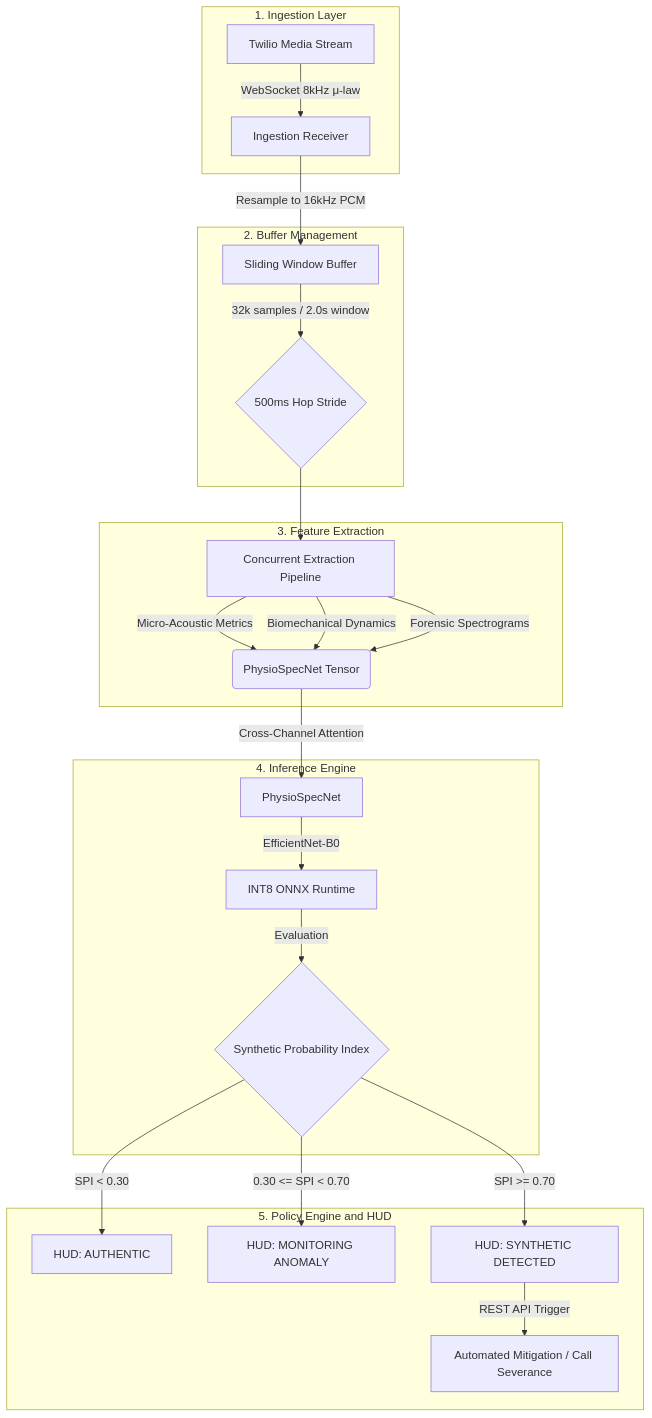
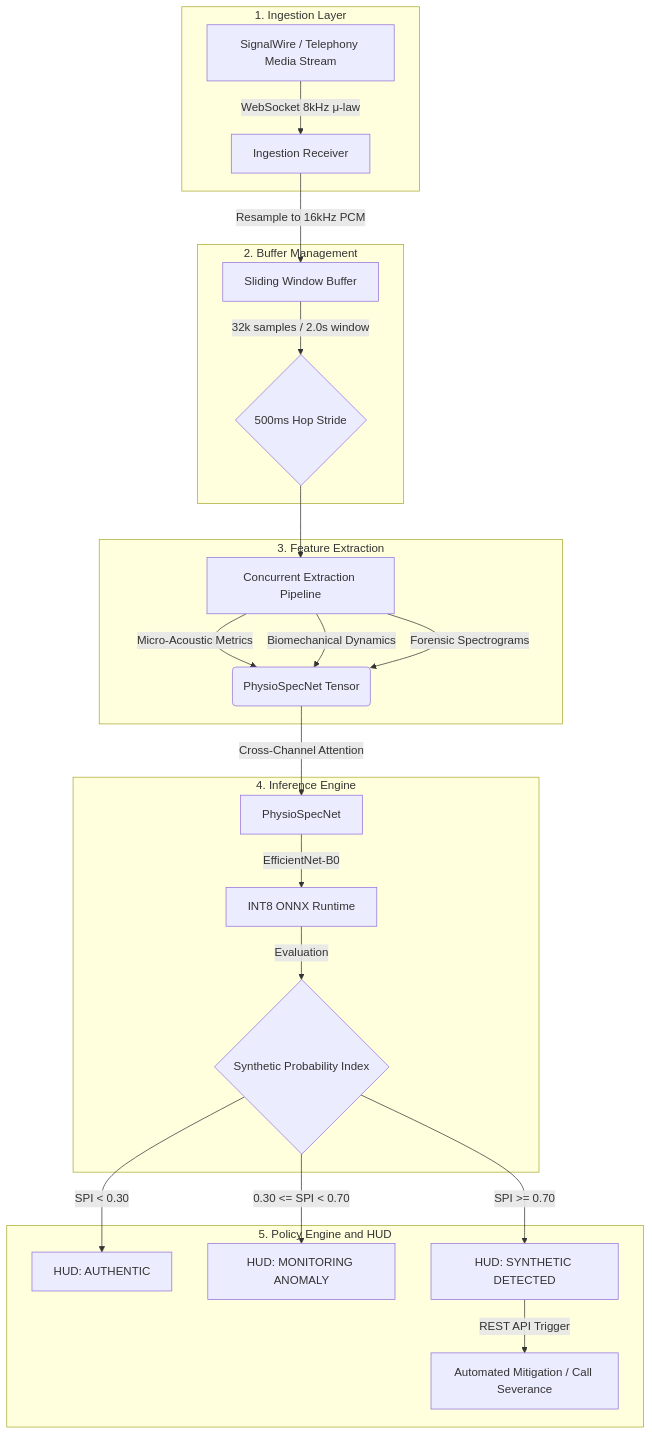
The diagram in README.md (codebreaker77/SWIFT), drawn with Mermaid before and after one commit. The commit also changed other lines of this file and 5 other files, not shown here.

Commit message:
feat: migrate and brand backend telephony pipeline to SignalWire with full backwards compatibility

````diff
--- a/README.md
+++ b/README.md
@@ -17,31 +17,31 @@
 ```mermaid
 graph TD
     subgraph Layer1 [1. Ingestion Layer]
-        A[Twilio Media Stream] -->|WebSocket 8kHz μ-law| B[Ingestion Receiver]
+        A[SignalWire / Telephony Media Stream] -->|WebSocket 8kHz μ-law| B[Ingestion Receiver]
     end
     
     subgraph Layer2 [2. Buffer Management]
         B -->|Resample to 16kHz PCM| C[Sliding Window Buffer]
         C -->|32k samples / 2.0s window| D{500ms Hop Stride}
     end
     
     subgraph Layer3 [3. Feature Extraction]
         D --> E[Concurrent Extraction Pipeline]
         E -->|Micro-Acoustic Metrics| F(PhysioSpecNet Tensor)
         E -->|Biomechanical Dynamics| F
         E -->|Forensic Spectrograms| F
     end
     
     subgraph Layer4 [4. Inference Engine]
         F -->|Cross-Channel Attention| G[PhysioSpecNet]
         G -->|EfficientNet-B0| H[INT8 ONNX Runtime]
         H -->|Evaluation| I{Synthetic Probability Index}
     end
     
     subgraph Layer5 [5. Policy Engine and HUD]
         I -->|SPI < 0.30| J[HUD: AUTHENTIC]
         I -->|0.30 <= SPI < 0.70| K[HUD: MONITORING ANOMALY]
         I -->|SPI >= 0.70| L[HUD: SYNTHETIC DETECTED]
         L -->|REST API Trigger| M[Automated Mitigation / Call Severance]
     end
 ```
````
